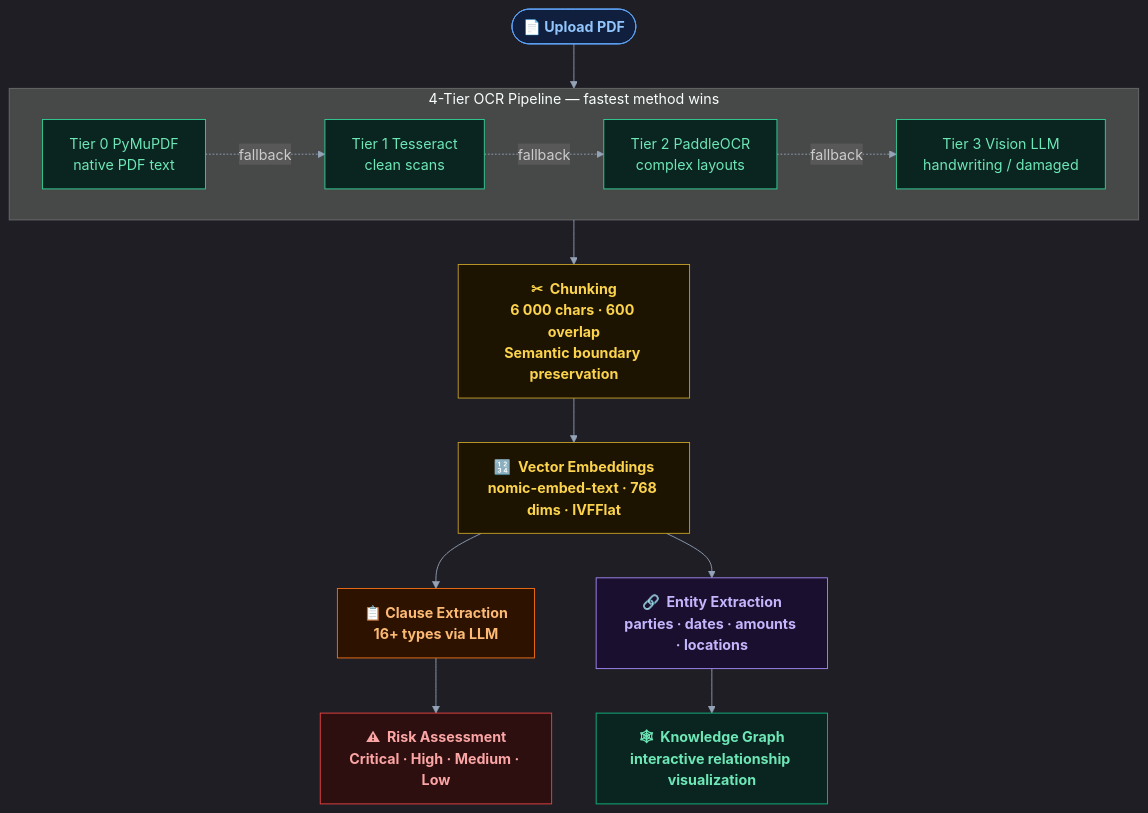
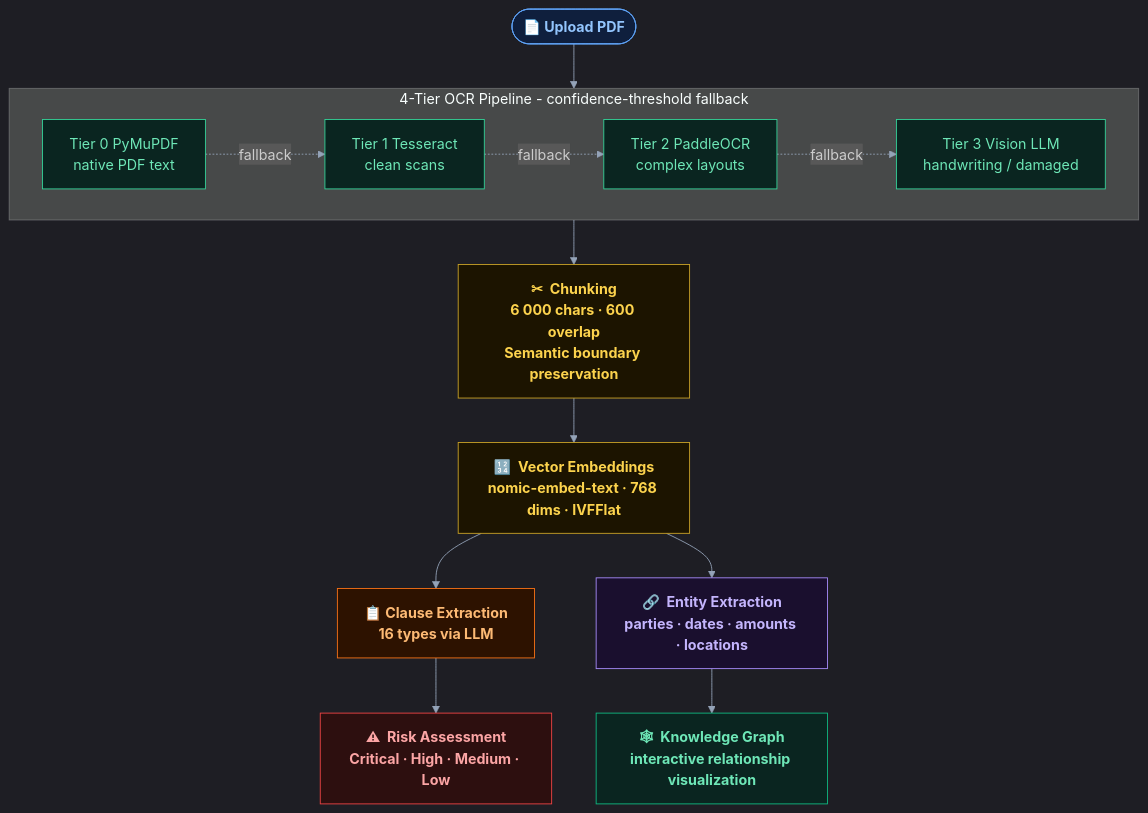
Before and after one commit to m4cd4r4/BrightClause: the second of 2 diagrams in README.md, drawn with Mermaid.

Commit message:
docs: correct two inaccurate claims in the architecture diagram
Verified the README mermaid diagram against the actual backend code:

- "4-Tier OCR Pipeline — fastest method wins" -> "... - confidence-
  threshold fallback". ocr_pipeline.py advances to the next tier only
  when the previous tier's confidence is below the 0.80 threshold; it
  is a quality cascade, not a speed race. (Also drops the em-dash.)
- "Clause Extraction / 16+ types via LLM" -> "16 types via LLM".
  clause_extraction.py CLAUSE_TYPES is exactly 16, not 16+.

Every other diagram claim (PyMuPDF/Tesseract/PaddleOCR/Vision-LLM
tiers, 6000/600 semantic chunking, nomic-embed-text 768 IVFFlat,
entity types, Critical/High/Medium/Low risk, knowledge-graph
endpoint) was confirmed accurate against the code; left unchanged.

````diff
--- a/README.md
+++ b/README.md
@@ -99,30 +99,30 @@
 ```mermaid
 %%{init: {'theme': 'dark', 'themeVariables': {'primaryColor': '#0f172a', 'primaryTextColor': '#e2e8f0', 'primaryBorderColor': '#c9a227', 'lineColor': '#94a3b8'}}}%%
 flowchart TD
     classDef upload fill:#0f1f3d,stroke:#60a5fa,color:#93c5fd,font-weight:bold
     classDef ocr    fill:#0a2520,stroke:#34d399,color:#6ee7b7
     classDef embed  fill:#1c1400,stroke:#c9a227,color:#fcd34d,font-weight:bold
     classDef clause fill:#2d1200,stroke:#f97316,color:#fdba74,font-weight:bold
     classDef entity fill:#1a0f2e,stroke:#a78bfa,color:#c4b5fd,font-weight:bold
     classDef risk   fill:#2d0f0f,stroke:#ef4444,color:#fca5a5,font-weight:bold
     classDef kg     fill:#0a2520,stroke:#10b981,color:#6ee7b7,font-weight:bold
 
     Upload(["📄  Upload PDF"]):::upload --> OCR
 
-    subgraph OCR["4-Tier OCR Pipeline — fastest method wins"]
+    subgraph OCR["4-Tier OCR Pipeline - confidence-threshold fallback"]
         T0["Tier 0  PyMuPDF\nnative PDF text"]:::ocr
         T1["Tier 1  Tesseract\nclean scans"]:::ocr
         T2["Tier 2  PaddleOCR\ncomplex layouts"]:::ocr
         T3["Tier 3  Vision LLM\nhandwriting / damaged"]:::ocr
         T0 -.->|fallback| T1 -.->|fallback| T2 -.->|fallback| T3
     end
 
     OCR --> Chunk["✂  Chunking\n6 000 chars · 600 overlap\nSemantic boundary preservation"]:::embed
     Chunk --> Embed["🔢  Vector Embeddings\nnomic-embed-text · 768 dims · IVFFlat"]:::embed
 
-    Embed --> Clauses["📋  Clause Extraction\n16+ types via LLM"]:::clause
+    Embed --> Clauses["📋  Clause Extraction\n16 types via LLM"]:::clause
     Embed --> Entities["🔗  Entity Extraction\nparties · dates · amounts · locations"]:::entity
 
     Clauses --> Risk["⚠  Risk Assessment\nCritical · High · Medium · Low"]:::risk
     Entities --> KGraph["🕸  Knowledge Graph\ninteractive relationship visualization"]:::kg
 ```
````
